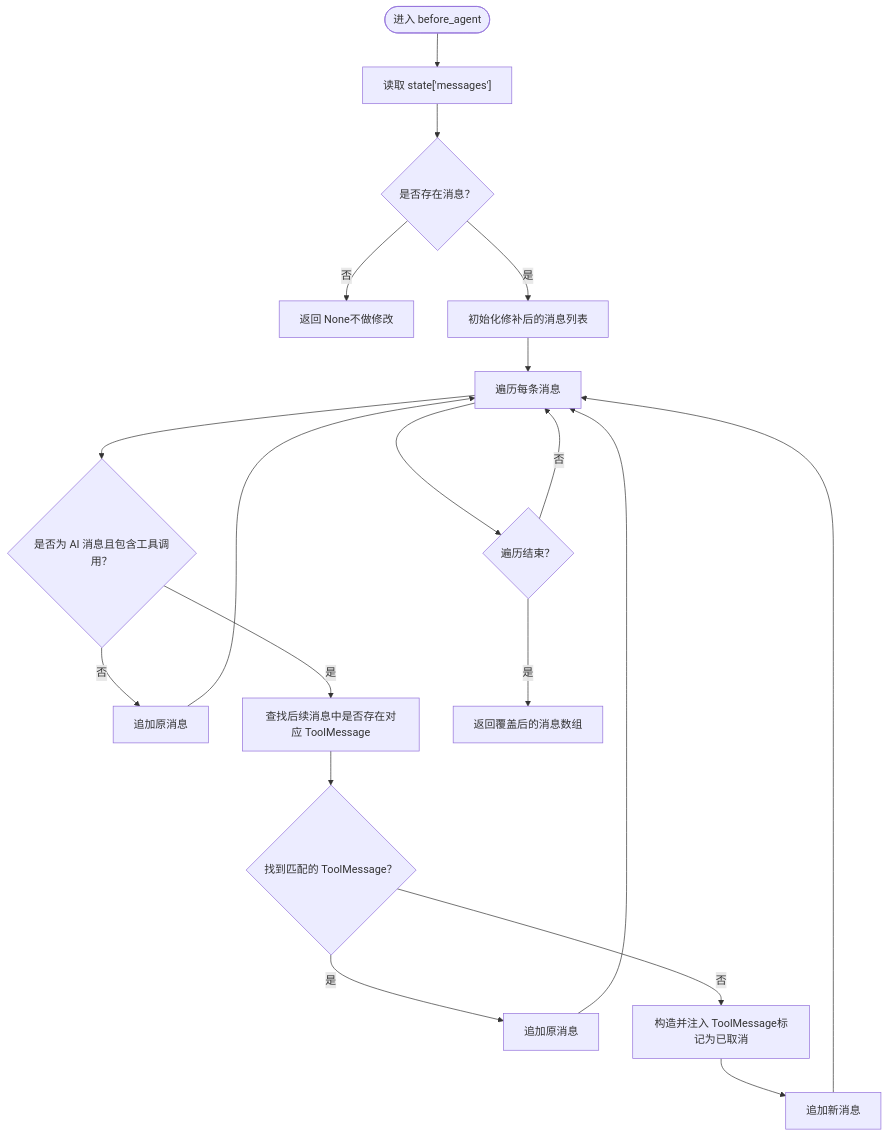
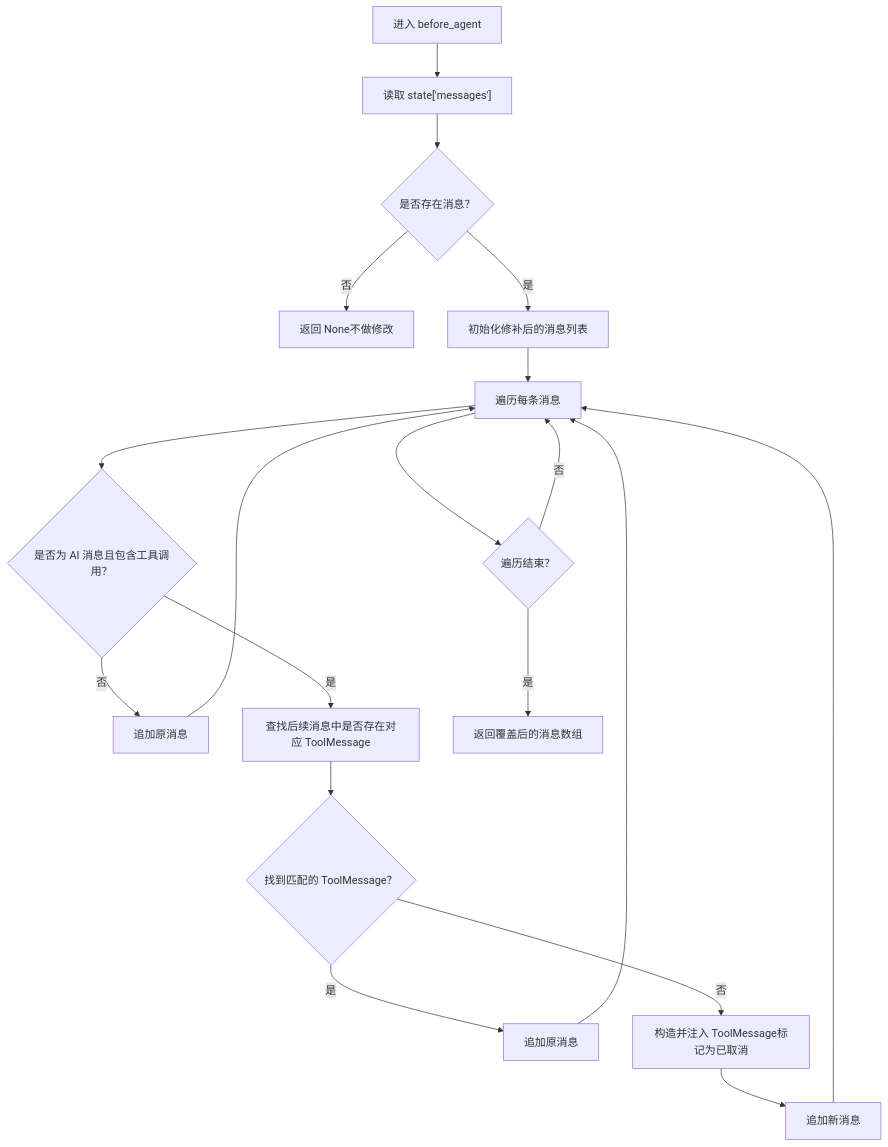
One commit to afanty2021/deepagents-langchain changed the third of 8 diagrams in .qoder/repowiki/zh/content/高级主题/高级主题.md. Above: the diagram before and after it, drawn with Mermaid. The commit also changed other lines of this file and 3 other files, not shown here.

````diff
--- a/.qoder/repowiki/zh/content/高级主题/高级主题.md
+++ b/.qoder/repowiki/zh/content/高级主题/高级主题.md
@@ -142,17 +143,17 @@
 ```mermaid
 flowchart TD
-Start(["进入 before_agent"]) --> LoadMsgs["读取 state['messages']"]
+Start["进入 before_agent"] --> LoadMsgs["读取 state['messages']"]
 LoadMsgs --> HasMsgs{"是否存在消息？"}
 HasMsgs --> |否| ReturnNone["返回 None不做修改"]
 HasMsgs --> |是| InitList["初始化修补后的消息列表"]
 InitList --> LoopMsgs["遍历每条消息"]
 LoopMsgs --> IsAIMsg{"是否为 AI 消息且包含工具调用？"}
 IsAIMsg --> |否| AppendMsg["追加原消息"] --> LoopMsgs
 IsAIMsg --> |是| CheckToolMsg["查找后续消息中是否存在对应 ToolMessage"]
 CheckToolMsg --> Found{"找到匹配的 ToolMessage？"}
 Found --> |是| AppendMsg2["追加原消息"] --> LoopMsgs
 Found --> |否| InjectToolMsg["构造并注入 ToolMessage标记为已取消"] --> AppendMsg3["追加新消息"] --> LoopMsgs
 LoopMsgs --> Done{"遍历结束？"}
 Done --> |否| LoopMsgs
 Done --> |是| ReturnPatch["返回覆盖后的消息数组"]
 ```
````
